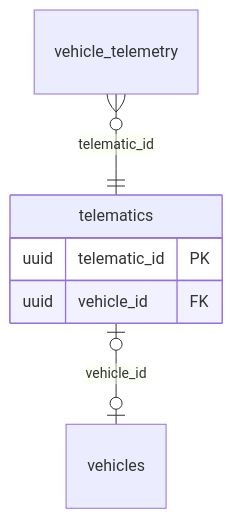
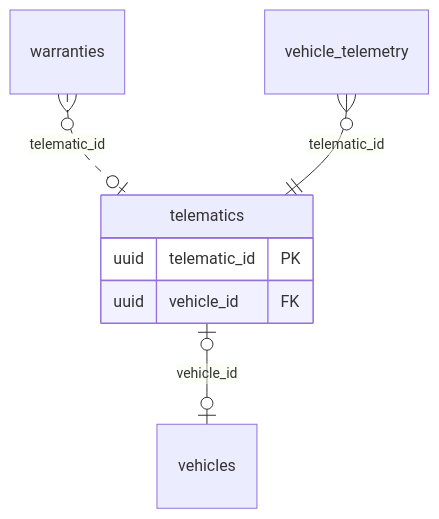
The diagram in docs/design/domain-model/domains/telematics.md (yolo-coccoc/G3Network-app), drawn with Mermaid before and after one commit. The commit also changed other lines of this file and 24 other files, not shown here.

````diff
--- a/docs/design/domain-model/domains/telematics.md
+++ b/docs/design/domain-model/domains/telematics.md
@@ -16,9 +16,10 @@
 ```mermaid
 erDiagram
   telematics {
     uuid telematic_id PK
     uuid vehicle_id FK
   }
+  warranties }o..o| telematics : "telematic_id"
   telematics |o--o| vehicles : "vehicle_id"
   vehicle_telemetry }o--|| telematics : "telematic_id"
 ```
````
